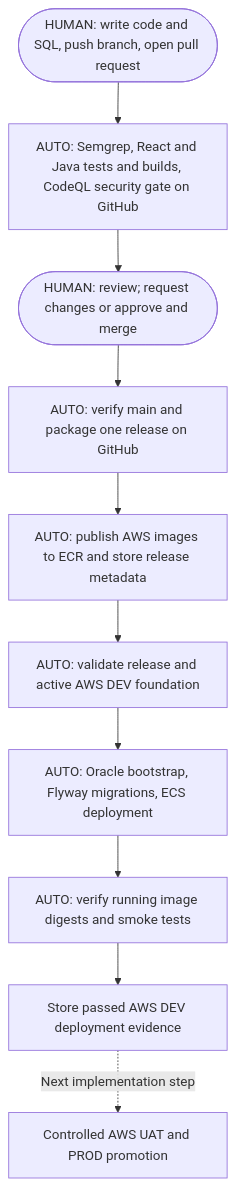
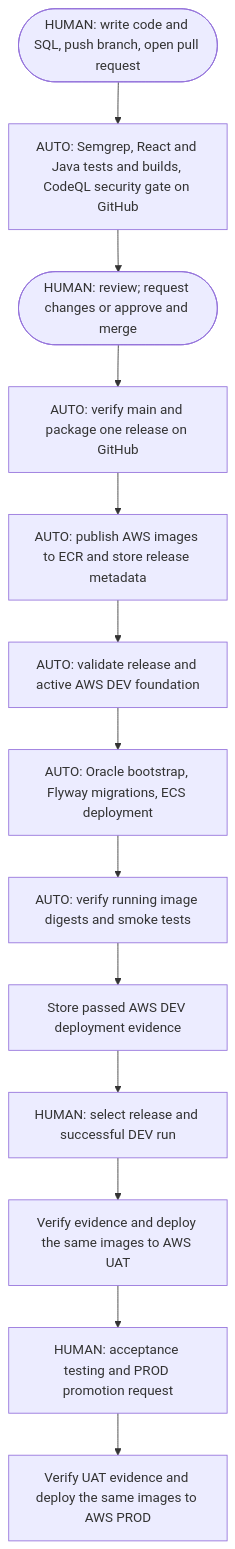
The diagram in README.md (swbergmann/fintech-app), drawn with Mermaid before and after one commit. The commit also changed other lines of this file and 11 other files, not shown here.

````diff
--- a/README.md
+++ b/README.md
@@ -37,12 +38,15 @@
 ```mermaid
 flowchart TD
   A([HUMAN: write code and SQL, push branch, open pull request]) --> B[AUTO: Semgrep, React and Java tests and builds, CodeQL security gate on GitHub]
   B --> C([HUMAN: review; request changes or approve and merge])
   C --> D[AUTO: verify main and package one release on GitHub]
   D --> P[AUTO: publish AWS images to ECR and store release metadata]
   P --> E[AUTO: validate release and active AWS DEV foundation]
   E --> F[AUTO: Oracle bootstrap, Flyway migrations, ECS deployment]
   F --> G[AUTO: verify running image digests and smoke tests]
   G --> H[Store passed AWS DEV deployment evidence]
-  H -. Next implementation step .-> I[Controlled AWS UAT and PROD promotion]
+  H --> I[HUMAN: select release and successful DEV run]
+  I --> J[Verify evidence and deploy the same images to AWS UAT]
+  J --> K[HUMAN: acceptance testing and PROD promotion request]
+  K --> L[Verify UAT evidence and deploy the same images to AWS PROD]
 ```
````
